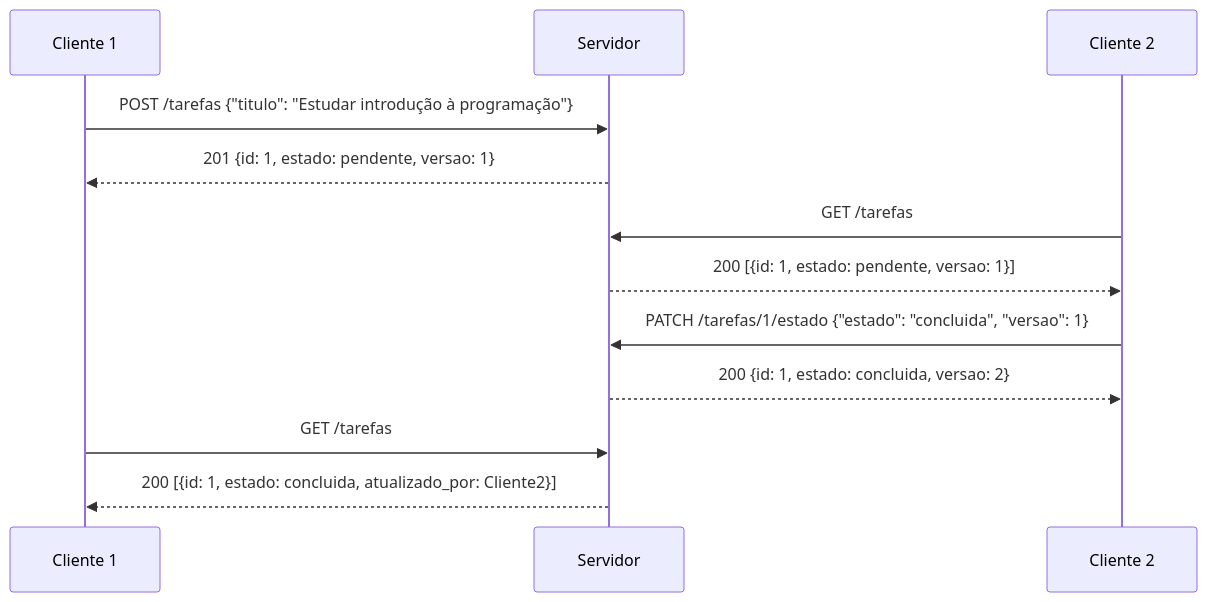
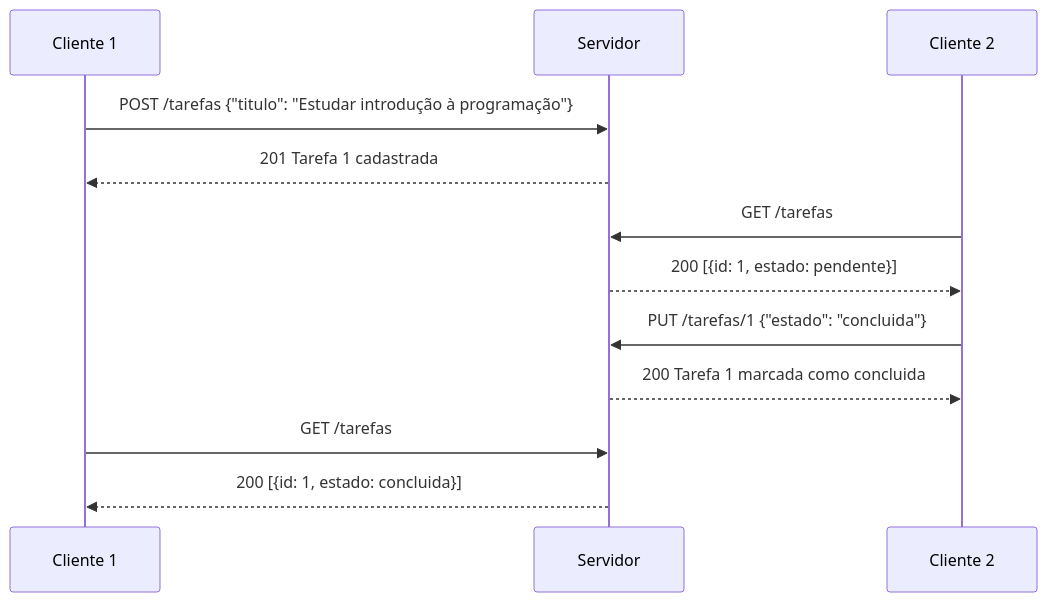
The second of 2 diagrams in docs/arquitetura.md (Kaducpx/tarefas-distribuidas), drawn with Mermaid before and after one commit. The commit also changed other lines of this file and 7 other files, not shown here.

````diff
--- a/docs/arquitetura.md
+++ b/docs/arquitetura.md
@@ -39,14 +39,14 @@
 ```mermaid
 sequenceDiagram
     participant C1 as Cliente 1
     participant S as Servidor
     participant C2 as Cliente 2
     C1->>S: POST /tarefas {"titulo": "Estudar introdução à programação"}
-    S-->>C1: 201 {id: 1, estado: pendente, versao: 1}
+    S-->>C1: 201 Tarefa 1 cadastrada
     C2->>S: GET /tarefas
-    S-->>C2: 200 [{id: 1, estado: pendente, versao: 1}]
-    C2->>S: PATCH /tarefas/1/estado {"estado": "concluida", "versao": 1}
-    S-->>C2: 200 {id: 1, estado: concluida, versao: 2}
+    S-->>C2: 200 [{id: 1, estado: pendente}]
+    C2->>S: PUT /tarefas/1 {"estado": "concluida"}
+    S-->>C2: 200 Tarefa 1 marcada como concluida
     C1->>S: GET /tarefas
-    S-->>C1: 200 [{id: 1, estado: concluida, atualizado_por: Cliente2}]
+    S-->>C1: 200 [{id: 1, estado: concluida}]
 ```
````
